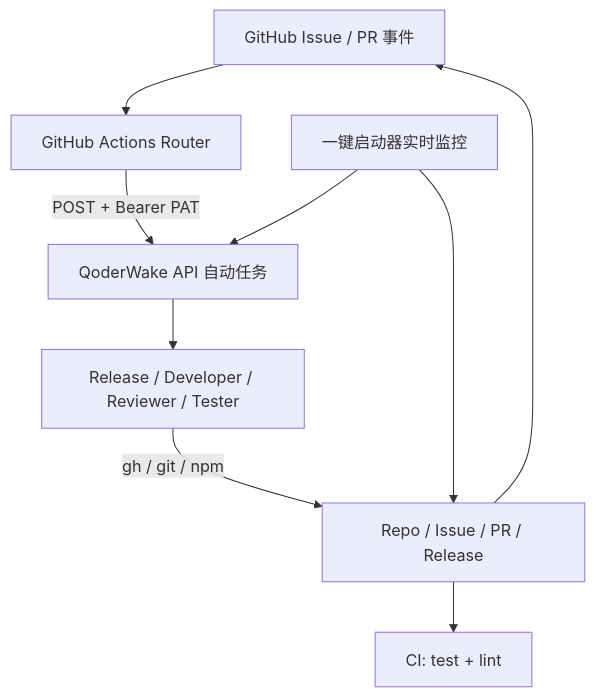
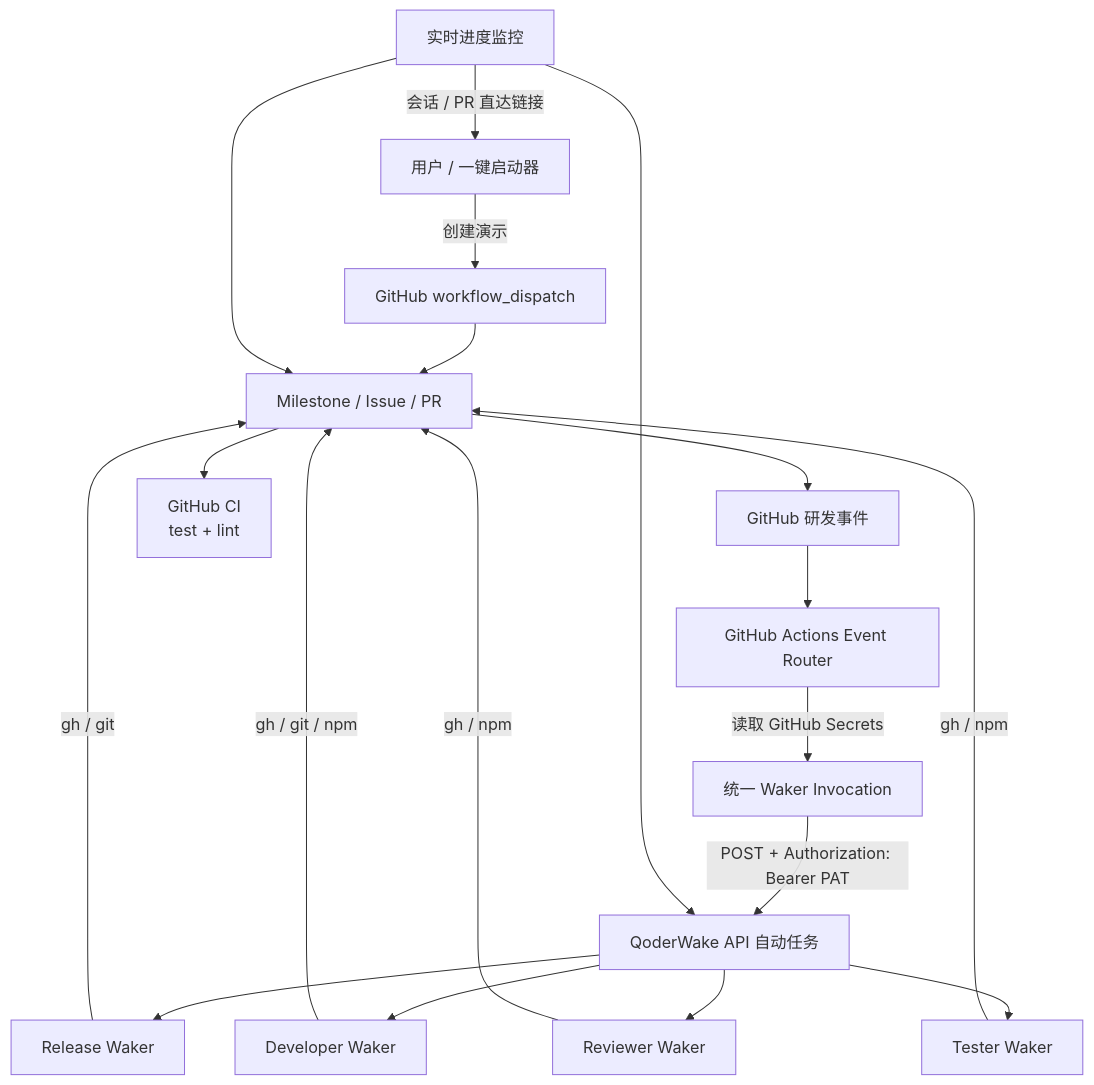
One commit to blue199288/order-coupon-devops-demo changed the second of 2 diagrams in docs/demo-flow-guide.md. Above: the diagram before and after it, drawn with Mermaid. The commit also changed other lines of this file and 1 other file, not shown here.

Commit message:
docs: present QoderWake GitHub best practice

````diff
--- a/docs/demo-flow-guide.md
+++ b/docs/demo-flow-guide.md
@@ -22,11 +84,21 @@
 ```mermaid
 flowchart TB
-  EVENT["GitHub Issue / PR 事件"] --> ROUTER["GitHub Actions Router"]
-  ROUTER -->|"POST + Bearer PAT"| API["QoderWake API 自动任务"]
-  API --> W["Release / Developer / Reviewer / Tester"]
-  W -->|"gh / git / npm"| GH["Repo / Issue / PR / Release"]
-  GH --> EVENT
-  GH --> CI["CI: test + lint"]
-  MON["一键启动器实时监控"] --> GH
-  MON --> API
+  USER["用户 / 一键启动器"] -->|"创建演示"| START["GitHub workflow_dispatch"]
+  START --> FACTS["Milestone / Issue / PR"]
+  FACTS --> EVENT["GitHub 研发事件"]
+  EVENT --> ROUTER["GitHub Actions Event Router"]
+  ROUTER -->|"读取 GitHub Secrets"| BRIDGE["统一 Waker Invocation"]
+  BRIDGE -->|"POST + Authorization: Bearer PAT"| API["QoderWake API 自动任务"]
+  API --> RELEASE["Release Waker"]
+  API --> DEV["Developer Waker"]
+  API --> REVIEW["Reviewer Waker"]
+  API --> TEST["Tester Waker"]
+  RELEASE -->|"gh / git"| FACTS
+  DEV -->|"gh / git / npm"| FACTS
+  REVIEW -->|"gh / npm"| FACTS
+  TEST -->|"gh / npm"| FACTS
+  FACTS --> CI["GitHub CI<br/>test + lint"]
+  MONITOR["实时进度监控"] --> FACTS
+  MONITOR --> API
+  MONITOR -->|"会话 / PR 直达链接"| USER
 ```
````
